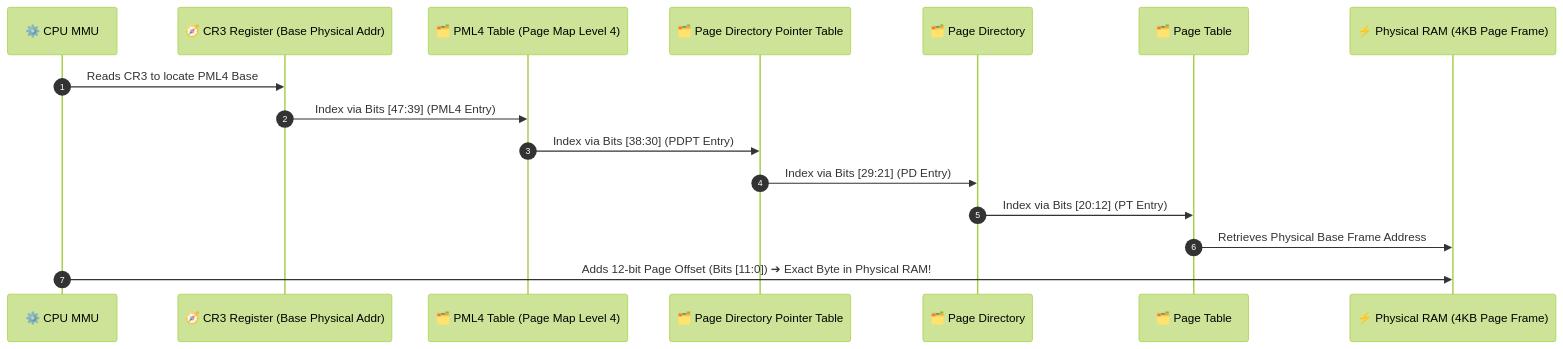
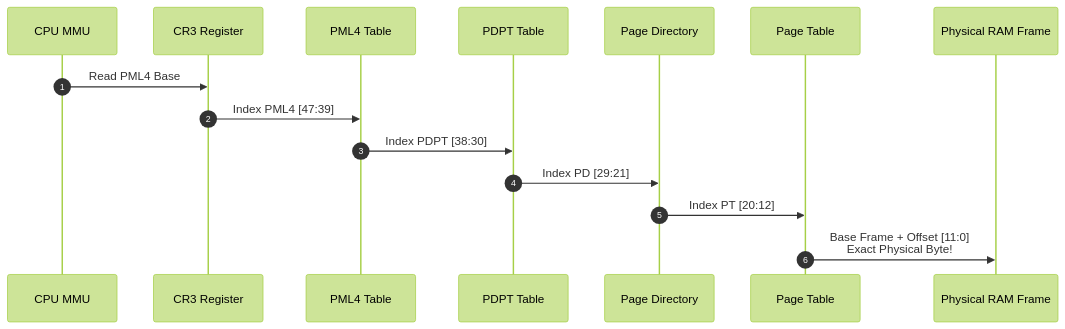
Before and after one commit to DaddyZyn/Cyber-security-notes: the first of 2 diagrams in topics/15-virtual-memory-page-tables-and-peb-teb/README.md, drawn with Mermaid (forest theme). The commit also changed other lines of this file and 19 other files, not shown here.

Commit message:
fix: overhaul all Mermaid diagrams with clean vertical layouts and short line-wrapping to prevent GitHub clipping

````diff
--- a/topics/15-virtual-memory-page-tables-and-peb-teb/README.md
+++ b/topics/15-virtual-memory-page-tables-and-peb-teb/README.md
@@ -45,19 +45,18 @@
 ```mermaid
 sequenceDiagram
     autonumber
-    participant CPU as ⚙️ CPU MMU
-    participant CR3 as 🧭 CR3 Register (Base Physical Addr)
-    participant PML4 as 🗂️ PML4 Table (Page Map Level 4)
-    participant PDPT as 🗂️ Page Directory Pointer Table
-    participant PD as 🗂️ Page Directory
-    participant PT as 🗂️ Page Table
-    participant RAM as ⚡ Physical RAM (4KB Page Frame)
+    participant MMU as CPU MMU
+    participant CR3 as CR3 Register
+    participant PML4 as PML4 Table
+    participant PDPT as PDPT Table
+    participant PD as Page Directory
+    participant PT as Page Table
+    participant RAM as Physical RAM Frame
 
-    CPU->>CR3: Reads CR3 to locate PML4 Base
-    CR3->>PML4: Index via Bits [47:39] (PML4 Entry)
-    PML4->>PDPT: Index via Bits [38:30] (PDPT Entry)
-    PDPT->>PD: Index via Bits [29:21] (PD Entry)
-    PD->>PT: Index via Bits [20:12] (PT Entry)
-    PT->>RAM: Retrieves Physical Base Frame Address
-    CPU->>RAM: Adds 12-bit Page Offset (Bits [11:0]) ➔ Exact Byte in Physical RAM!
+    MMU->>CR3: Read PML4 Base
+    CR3->>PML4: Index PML4 [47:39]
+    PML4->>PDPT: Index PDPT [38:30]
+    PDPT->>PD: Index PD [29:21]
+    PD->>PT: Index PT [20:12]
+    PT->>RAM: Base Frame + Offset [11:0]<br/>Exact Physical Byte!
 ```
````
